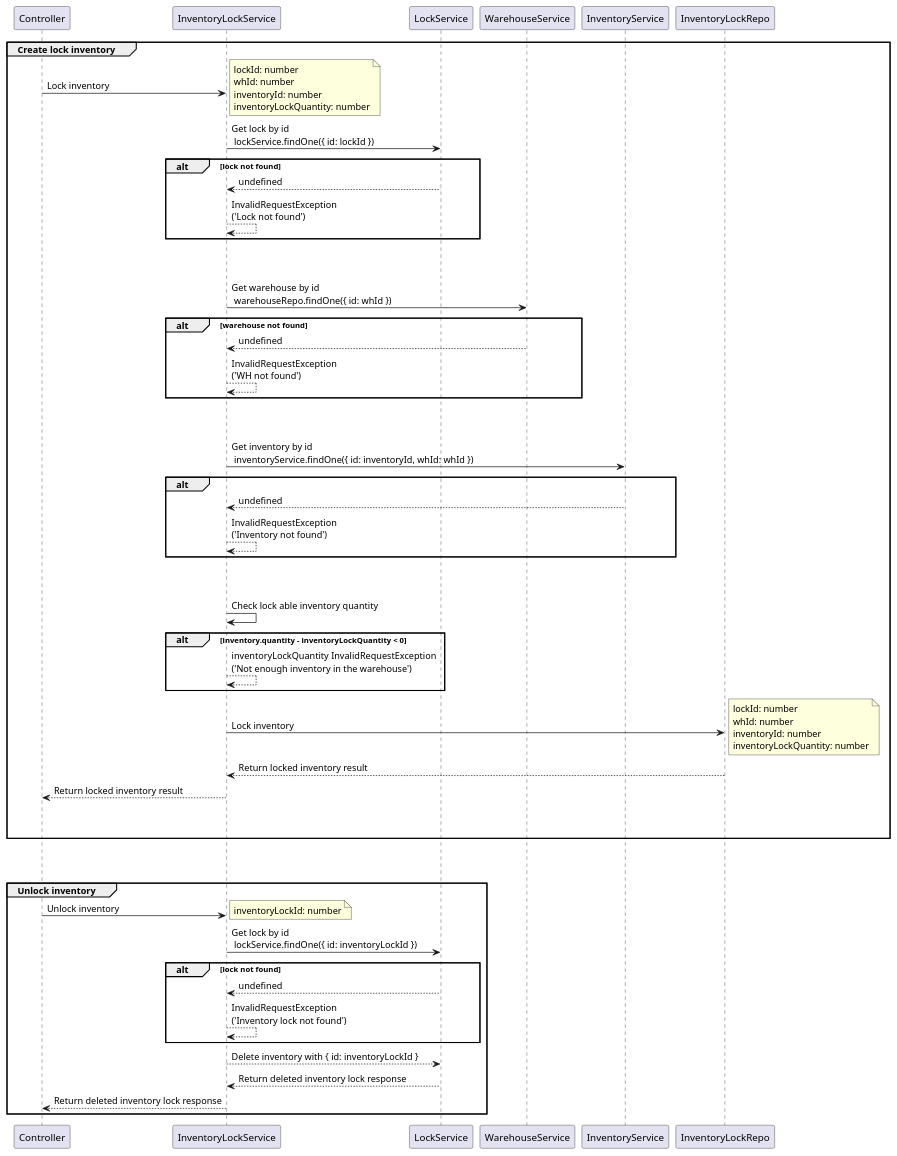
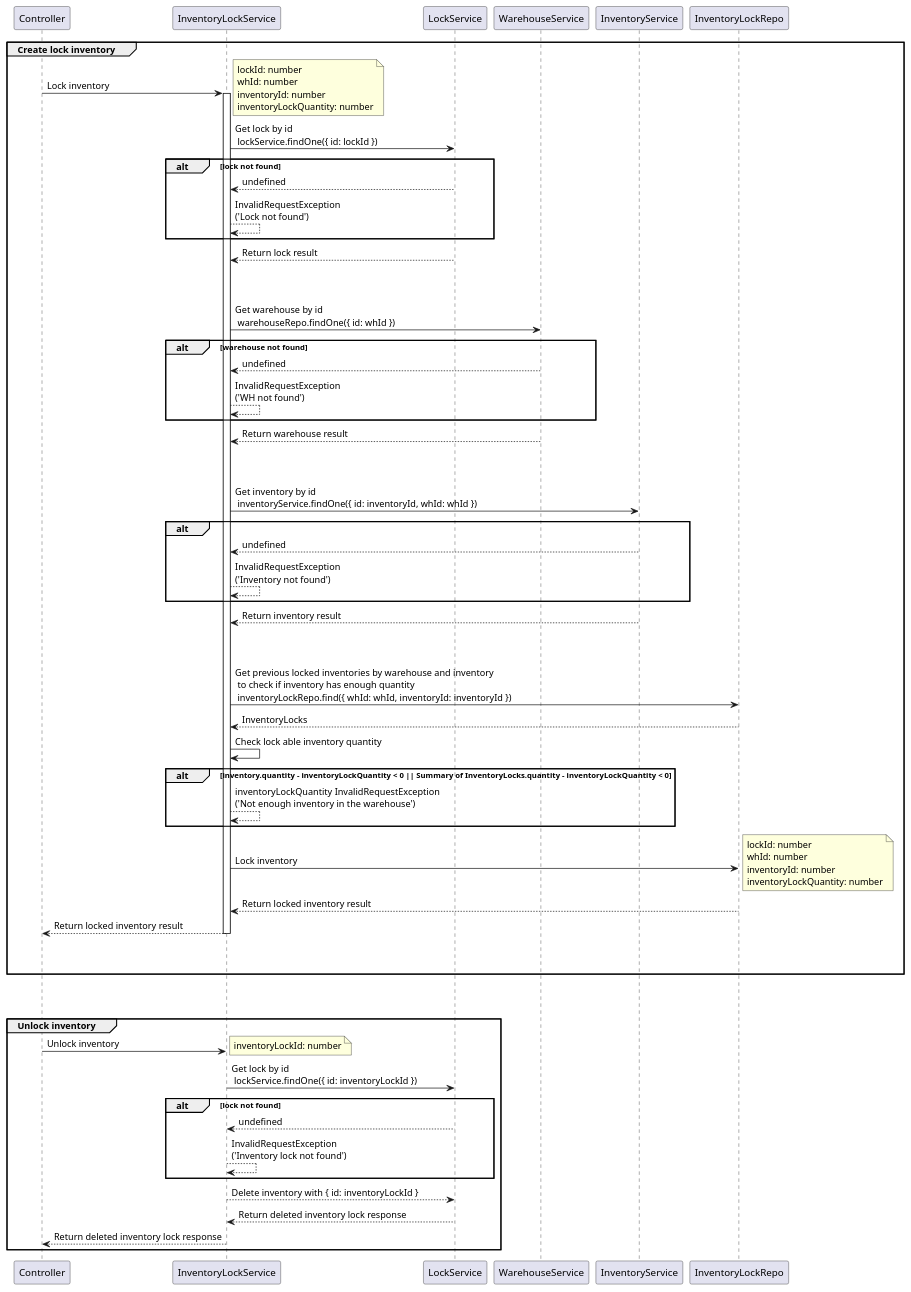
The diagram in docs/sequence-diagram/lock_inventory.md (lodipay/lodipay-wms), drawn with PlantUML before and after one commit.

Commit message:
fix(doc): added validation to check sum of previous locks

```diff
--- a/docs/sequence-diagram/lock_inventory.md
+++ b/docs/sequence-diagram/lock_inventory.md
@@ -11,7 +11,7 @@
 participant "InventoryLockRepo" as inventoryLockRepo
 
 group Create lock inventory
-    controller -> service: Lock inventory
+    controller -> service ++: Lock inventory
     note right
         lockId: number
         whId: number
@@ -25,6 +25,9 @@
         lockService --> service: undefined
         service --> service: InvalidRequestException\n('Lock not found')
     end
+
+    lockService --> service: Return lock result
+
     |||
     |||
 
@@ -34,6 +37,9 @@
         warehouseService --> service: undefined
         service --> service: InvalidRequestException\n('WH not found')
     end
+
+    warehouseService --> service: Return warehouse result
+
     |||
     |||
 
@@ -44,15 +50,21 @@
         service --> service: InvalidRequestException\n('Inventory not found')
     end
 
+    inventoryService --> service: Return inventory result
+
     |||
     |||
 
     ' service -> inventoryLockRepo: inventoryLockRepo.findOne({ whId: whId, inventoryId: inventoryId })
     ' inventoryLockRepo --> service: InventoryLock
 
+    service -> inventoryLockRepo: Get previous locked inventories by warehouse and inventory \n to check if inventory has enough quantity \n inventoryLockRepo.find({ whId: whId, inventoryId: inventoryId })
+
+    inventoryLockRepo --> service: InventoryLocks 
+
     service -> service: Check lock able inventory quantity
 
-    alt inventory.quantity - inventoryLockQuantity < 0
+    alt inventory.quantity - inventoryLockQuantity < 0 || Summary of InventoryLocks.quantity - inventoryLockQuantity < 0
         service --> service: inventoryLockQuantity InvalidRequestException\n('Not enough inventory in the warehouse')
     end
 
@@ -67,7 +79,7 @@
 
     inventoryLockRepo --> service: Return locked inventory result
 
-    service --> controller: Return locked inventory result
+    service --> controller --: Return locked inventory result
 
     |||
     |||
```
